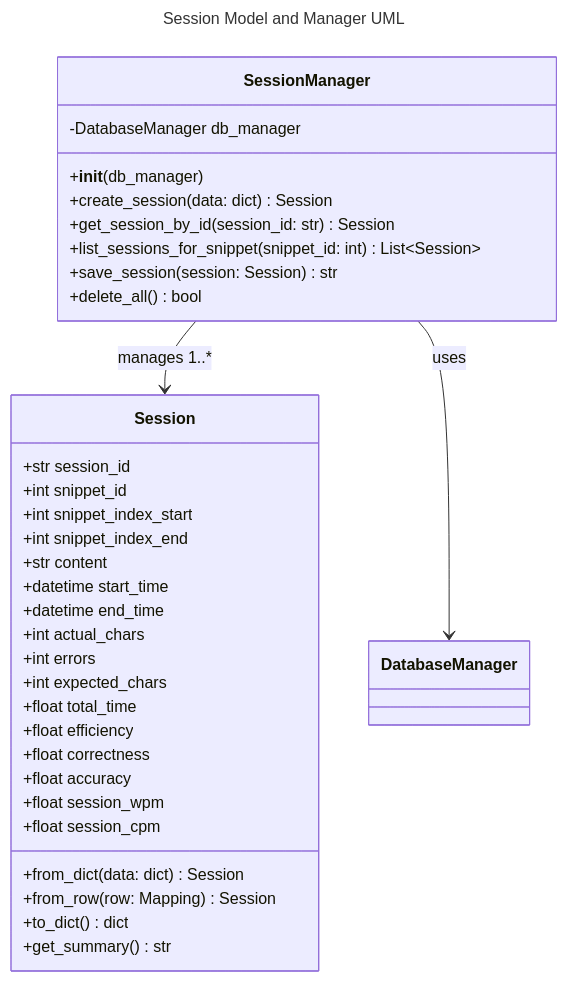
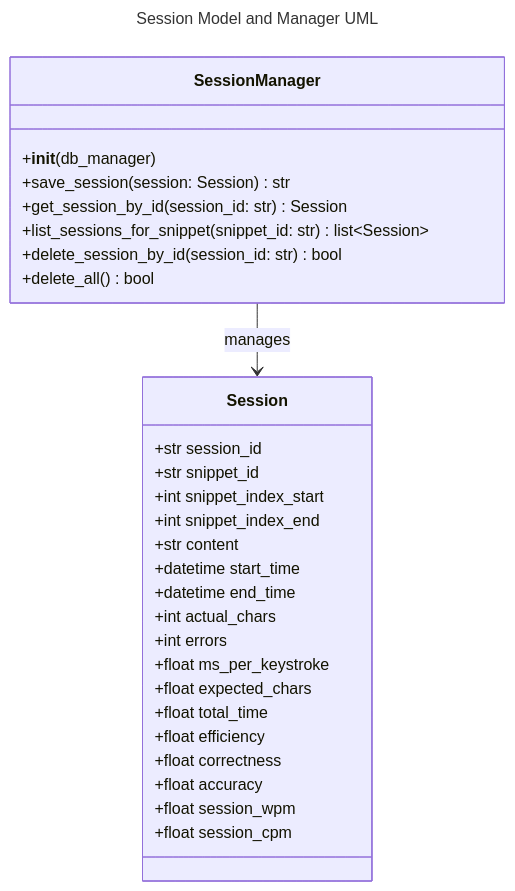
The diagram in Prompts/Session.md (SeanAdams10/AITypingTrainer), drawn with Mermaid before and after one commit. The commit also changed other lines of this file and 17 other files, not shown here.

````diff
--- a/Prompts/Session.md
+++ b/Prompts/Session.md
@@ -93,39 +96,34 @@
 ```mermaid
 ---
 title: Session Model and Manager UML
 ---
 classDiagram
     class Session {
         +str session_id
-        +int snippet_id
+        +str snippet_id
         +int snippet_index_start
         +int snippet_index_end
         +str content
         +datetime start_time
         +datetime end_time
         +int actual_chars
         +int errors
-        +int expected_chars
+        +float ms_per_keystroke
+        +float expected_chars
         +float total_time
         +float efficiency
         +float correctness
         +float accuracy
         +float session_wpm
         +float session_cpm
-        +from_dict(data: dict) Session
-        +from_row(row: Mapping) Session
-        +to_dict() dict
-        +get_summary() str
     }
     class SessionManager {
-        -DatabaseManager db_manager
         +__init__(db_manager)
-        +create_session(data: dict) Session
+        +save_session(session: Session) str
         +get_session_by_id(session_id: str) Session
-        +list_sessions_for_snippet(snippet_id: int) List~Session~
-        +save_session(session: Session) str
+        +list_sessions_for_snippet(snippet_id: str) list~Session~
+        +delete_session_by_id(session_id: str) bool
         +delete_all() bool
     }
-    SessionManager --> Session : manages 1..*
-    SessionManager --> DatabaseManager : uses
+    SessionManager --> Session : manages
 ```
````
